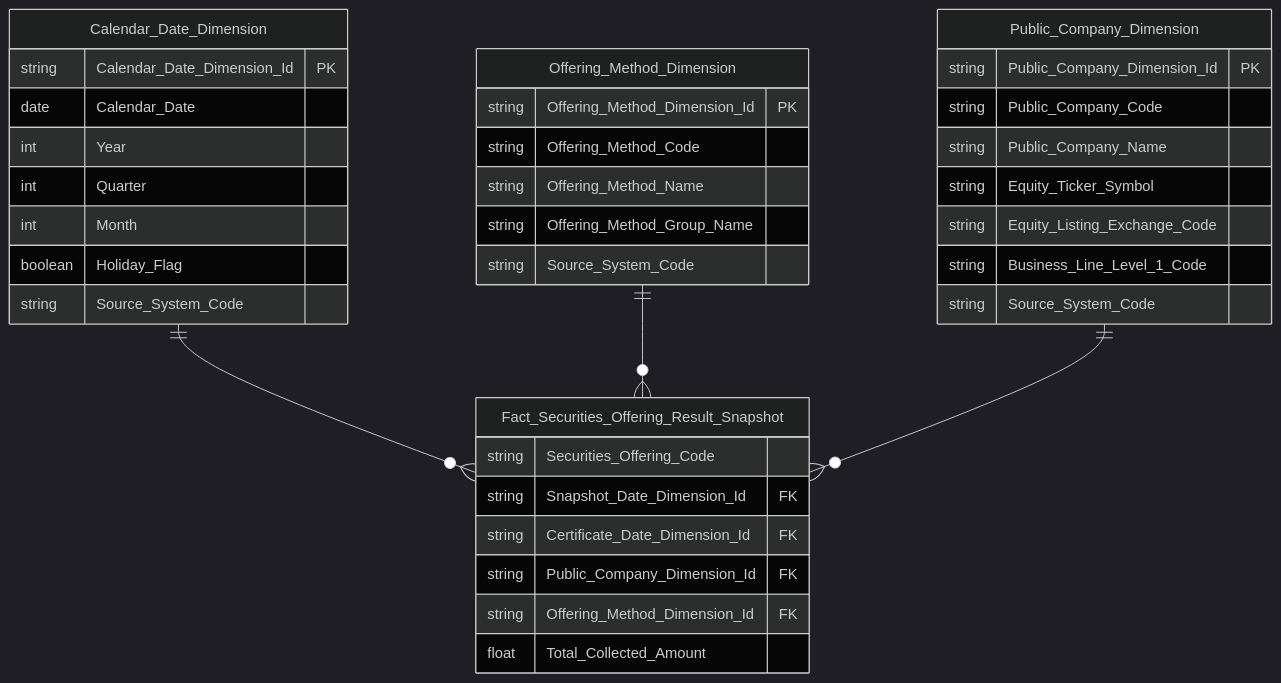
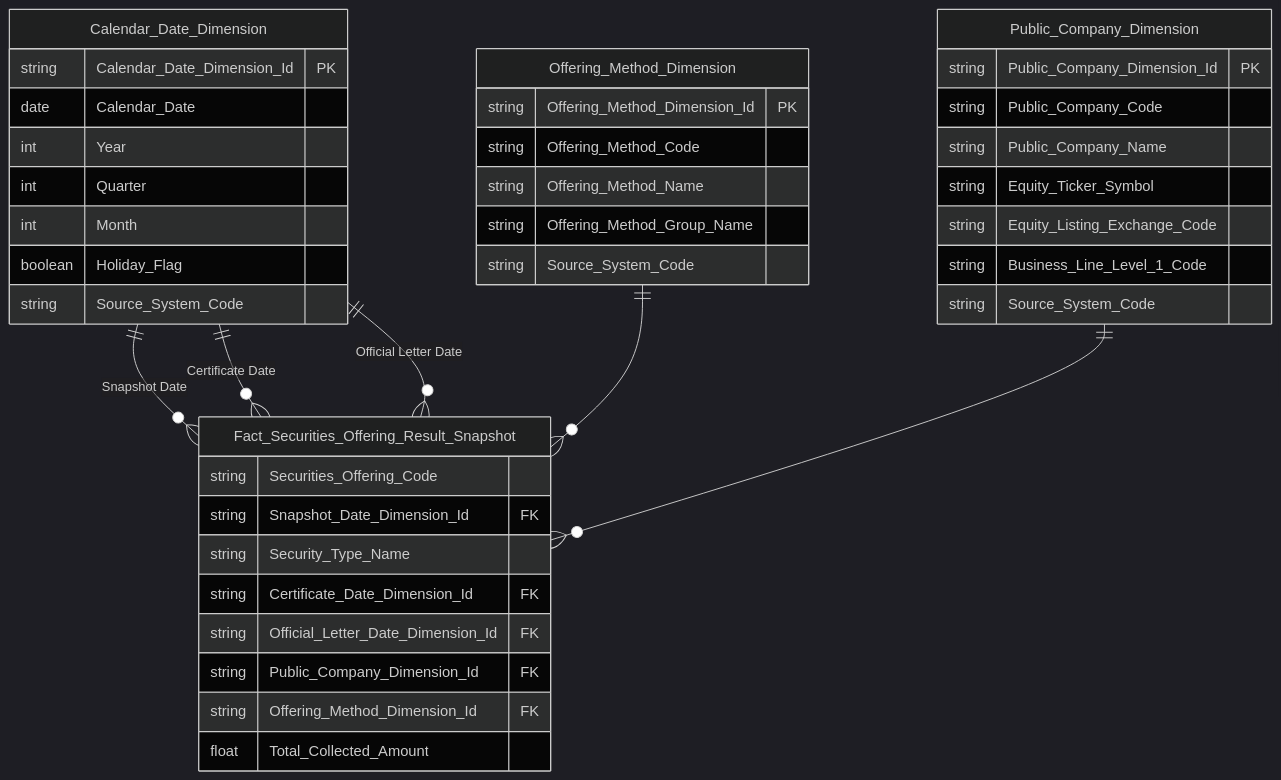
Before and after one commit to linhlvit/ubck_atomic_design: diagram 11 of 23 in Datamart/hld/DTM_QLCB_HLD.md, drawn with Mermaid (dark theme). The commit also changed other lines of this file and 15 other files, not shown here.

Commit message:
feat(qlcb): dong bo thiet ke QLCB theo code dbt dev dot 1 (O_QLCB_28) — them fct_securities_offering_detail_snpst cho Nhom 4, cap nhat 3 Fact Offering/Plan/Result, offering_method_dim va dong bo HLD, LLD, flat table, model, kpi_index

````diff
--- a/Datamart/hld/DTM_QLCB_HLD.md
+++ b/Datamart/hld/DTM_QLCB_HLD.md
@@ -563,40 +630,44 @@
 ```mermaid
 erDiagram
     Calendar_Date_Dimension {
         string Calendar_Date_Dimension_Id PK
         date Calendar_Date
         int Year
         int Quarter
         int Month
         boolean Holiday_Flag
         string Source_System_Code
     }
     Offering_Method_Dimension {
         string Offering_Method_Dimension_Id PK
         string Offering_Method_Code
         string Offering_Method_Name
         string Offering_Method_Group_Name
         string Source_System_Code
     }
     Public_Company_Dimension {
         string Public_Company_Dimension_Id PK
         string Public_Company_Code
         string Public_Company_Name
         string Equity_Ticker_Symbol
         string Equity_Listing_Exchange_Code
         string Business_Line_Level_1_Code
         string Source_System_Code
     }
     Fact_Securities_Offering_Result_Snapshot {
         string Securities_Offering_Code
         string Snapshot_Date_Dimension_Id FK
+        string Security_Type_Name
         string Certificate_Date_Dimension_Id FK
+        string Official_Letter_Date_Dimension_Id FK
         string Public_Company_Dimension_Id FK
         string Offering_Method_Dimension_Id FK
         float Total_Collected_Amount
     }
 
-    Calendar_Date_Dimension ||--o{ Fact_Securities_Offering_Result_Snapshot : " "
+    Calendar_Date_Dimension ||--o{ Fact_Securities_Offering_Result_Snapshot : "Snapshot Date"
+    Calendar_Date_Dimension ||--o{ Fact_Securities_Offering_Result_Snapshot : "Certificate Date"
+    Calendar_Date_Dimension ||--o{ Fact_Securities_Offering_Result_Snapshot : "Official Letter Date"
     Offering_Method_Dimension ||--o{ Fact_Securities_Offering_Result_Snapshot : " "
     Public_Company_Dimension ||--o{ Fact_Securities_Offering_Result_Snapshot : " "
 ```
````
